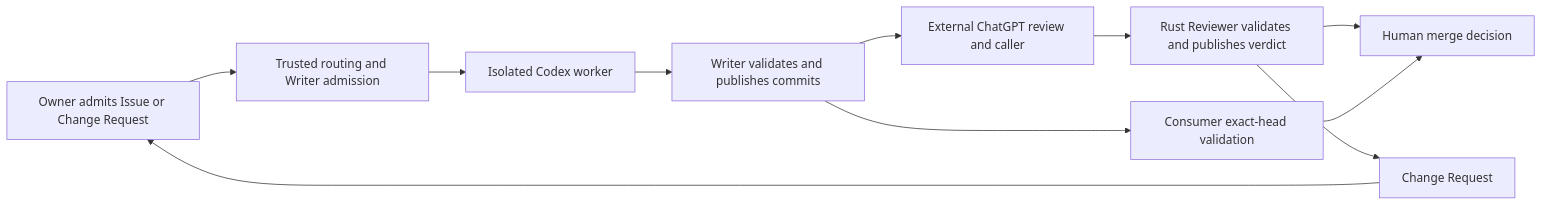
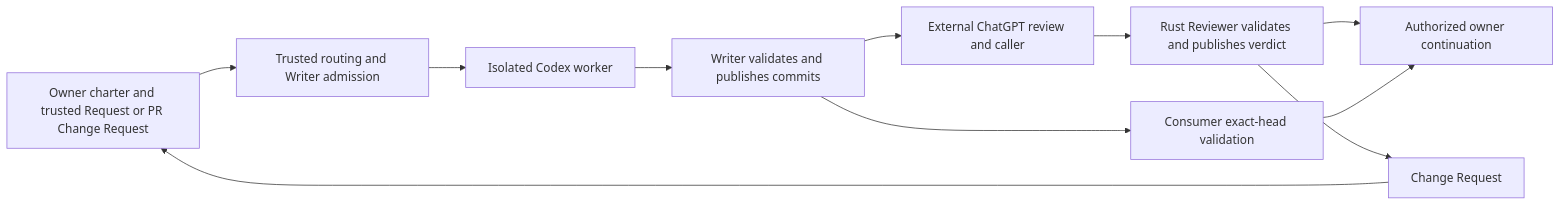
The diagram in README.md (jresearchsoftware/codex-relay), drawn with Mermaid before and after one commit. The commit also changed other lines of this file and 14 other files, not shown here.

````diff
--- a/README.md
+++ b/README.md
@@ -27,13 +27,13 @@
 ```mermaid
 flowchart LR
-    A[Owner admits Issue or Change Request] --> B[Trusted routing and Writer admission]
+    A[Owner charter and trusted Request or PR Change Request] --> B[Trusted routing and Writer admission]
     B --> C[Isolated Codex worker]
     C --> D[Writer validates and publishes commits]
     D --> R[External ChatGPT review and caller]
     R --> E[Rust Reviewer validates and publishes verdict]
     D --> V[Consumer exact-head validation]
-    E --> F[Human merge decision]
+    E --> F[Authorized owner continuation]
     V --> F
     E --> G[Change Request]
     G --> A
 ```
````
